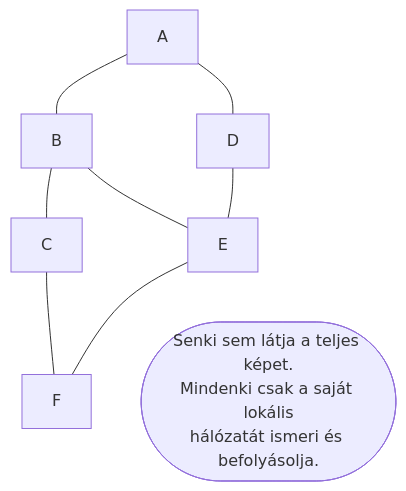
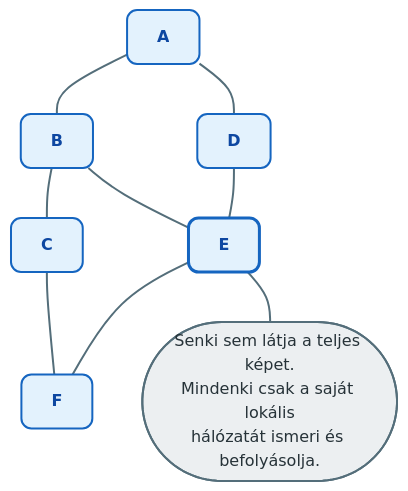
The second of 4 diagrams in Tételek/V18-GMXVU2MBLF-Hálózati működés és szempontjai.tétel.md (denespocsik/MM_BSC_Zarovizsga), drawn with Mermaid before and after one commit. The commit also changed other lines of this file and 34 other files, not shown here.

First line of the commit message:
style(tételek): egységes vizuális arculat a Mermaid-diagramokhoz

````diff
--- a/Tételek/V18-GMXVU2MBLF-Hálózati működés és szempontjai.tétel.md
+++ b/Tételek/V18-GMXVU2MBLF-Hálózati működés és szempontjai.tétel.md
@@ -40,12 +51,18 @@
 ```mermaid
 graph TD
-    A["A"] --- B["B"] --- C["C"]
-    A --- D["D"]
-    B --- E["E"]
-    C --- F["F"]
+    A["<b>A</b>"]:::kek --- B["<b>B</b>"]:::kek --- C["<b>C</b>"]:::kek
+    A --- D["<b>D</b>"]:::kek
+    B --- E["<b>E</b>"]:::kekH
+    C --- F["<b>F</b>"]:::kek
     D --- E
     E --- F
 
-    NOTE(["Senki sem látja a teljes képet.\nMindenki csak a saját lokális\nhálózatát ismeri és befolyásolja."])
+    NOTE(["Senki sem látja a teljes képet.<br/>Mindenki csak a saját lokális<br/>hálózatát ismeri és befolyásolja."]):::szurke
     E ~~~ NOTE
+
+    classDef kek    fill:#e3f2fd,stroke:#1565c0,stroke-width:2px,color:#0d47a1,rx:10,ry:10;
+    classDef kekH   fill:#e3f2fd,stroke:#1565c0,stroke-width:3px,color:#0d47a1,rx:10,ry:10;
+    classDef szurke fill:#eceff1,stroke:#546e7a,stroke-width:2px,color:#263238,rx:10,ry:10;
+
+    linkStyle default stroke:#546e7a,stroke-width:2px;
 ```
````
